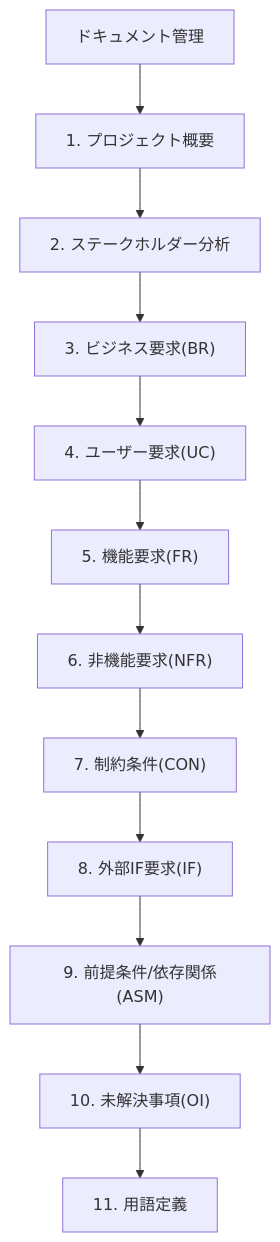
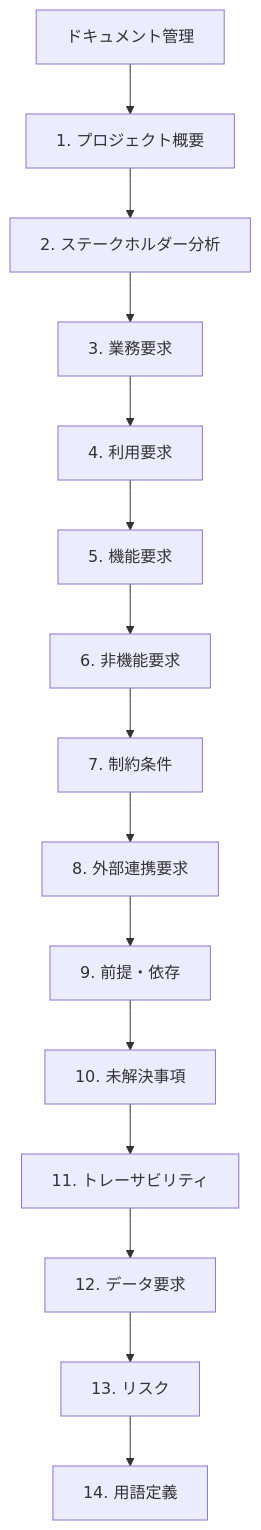
The first of 2 diagrams in template.md (shioki/requirements-to-spec-template), drawn with Mermaid before and after one commit. The commit also changed other lines of this file and 12 other files, not shown here.

````diff
--- a/template.md
+++ b/template.md
@@ -5,14 +25,17 @@
 ```mermaid
 flowchart TD
   docControl["ドキュメント管理"] --> projectOverview["1. プロジェクト概要"]
   projectOverview --> stakeholderAnalysis["2. ステークホルダー分析"]
-  stakeholderAnalysis --> businessReq["3. ビジネス要求(BR)"]
-  businessReq --> userCases["4. ユーザー要求(UC)"]
-  userCases --> functionalReq["5. 機能要求(FR)"]
-  functionalReq --> nonFunctionalReq["6. 非機能要求(NFR)"]
-  nonFunctionalReq --> constraints["7. 制約条件(CON)"]
-  constraints --> interfaces["8. 外部IF要求(IF)"]
-  interfaces --> assumptions["9. 前提条件/依存関係(ASM)"]
-  assumptions --> openIssues["10. 未解決事項(OI)"]
-  openIssues --> glossary["11. 用語定義"]
+  stakeholderAnalysis --> businessReq["3. 業務要求"]
+  businessReq --> userCases["4. 利用要求"]
+  userCases --> functionalReq["5. 機能要求"]
+  functionalReq --> nonFunctionalReq["6. 非機能要求"]
+  nonFunctionalReq --> constraints["7. 制約条件"]
+  constraints --> interfaces["8. 外部連携要求"]
+  interfaces --> assumptions["9. 前提・依存"]
+  assumptions --> openIssues["10. 未解決事項"]
+  openIssues --> traceability["11. トレーサビリティ"]
+  traceability --> dataReq["12. データ要求"]
+  dataReq --> risks["13. リスク"]
+  risks --> glossary["14. 用語定義"]
 ```
````
